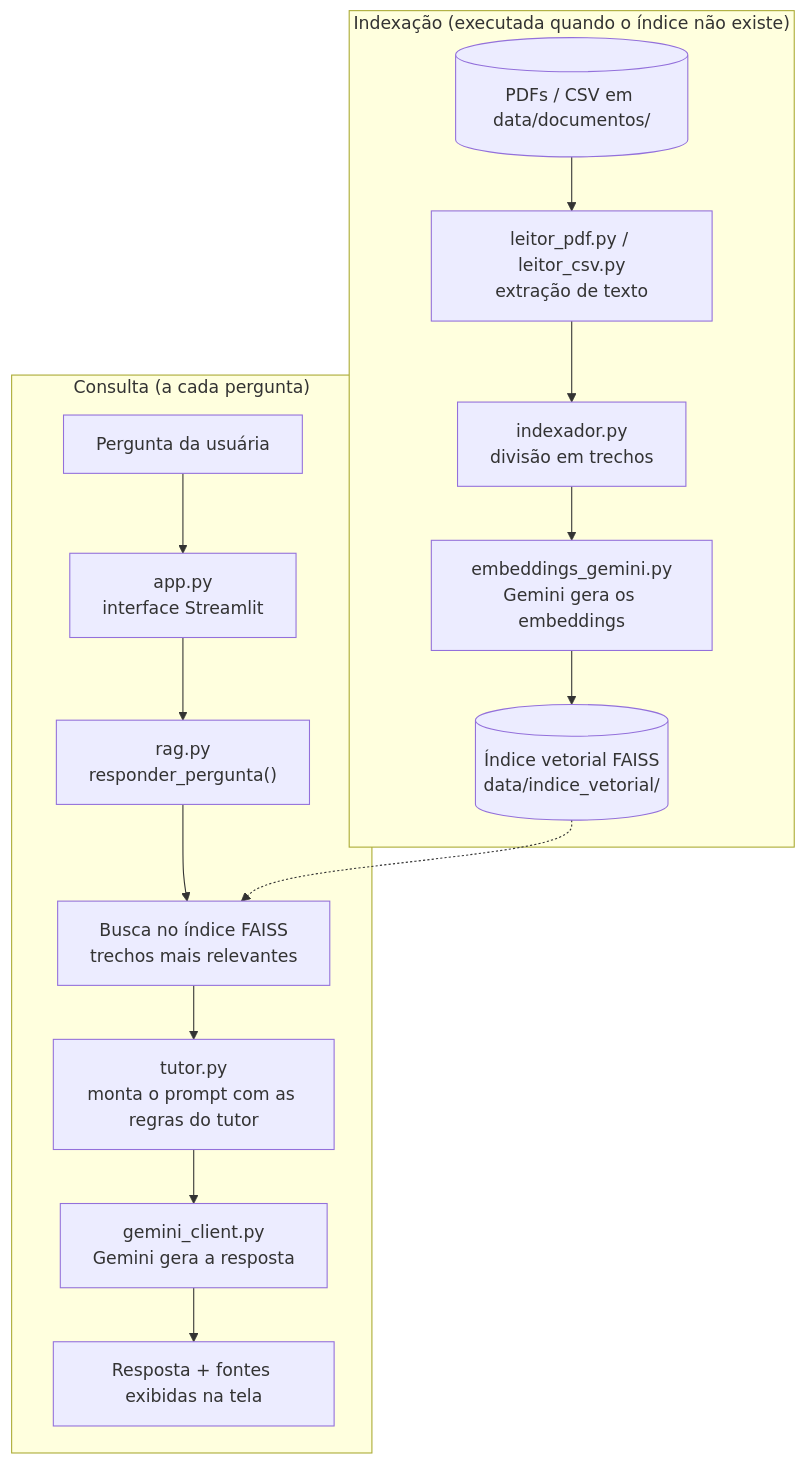
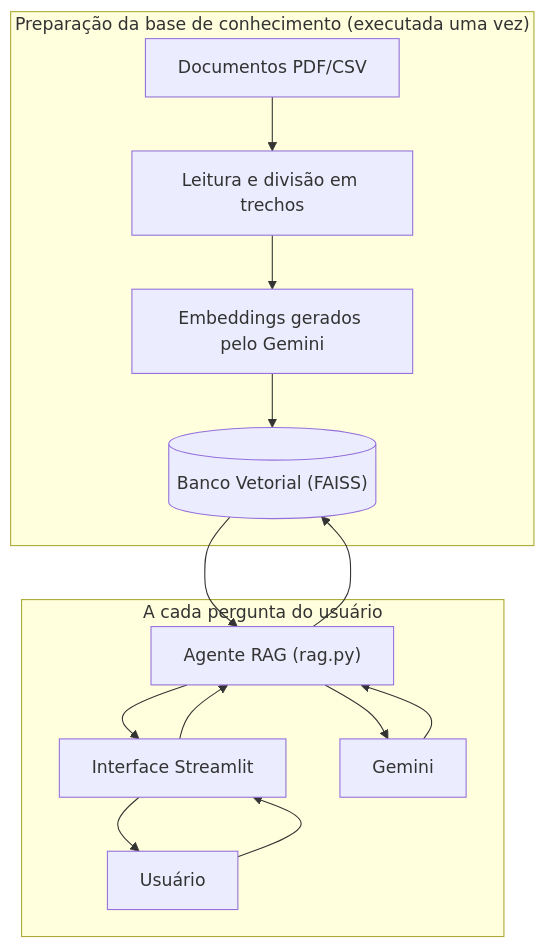
Before and after one commit to marilene-narciso/chat-preparatorio-crc-alura-agent: the diagram in README.md, drawn with Mermaid. The commit also changed other lines of this file, not shown here.

Commit message:
Atualiza diagrama de arquitetura no README
Renomeia a seção "Arquitetura" para "Arquitetura da Solução" e
corrige o diagrama Mermaid para refletir fielmente a implementação:
separa as duas fases reais do sistema (preparação da base de
conhecimento, executada uma vez, e a busca/resposta a cada pergunta),
usando os nomes reais dos módulos (rag.py, tutor.py,
embeddings_gemini.py, gemini_client.py). Remove a referência a um
"Agente LangChain", que não existe no código — a orquestração é feita
em Python puro no rag.py; o LangChain é usado apenas para o divisor de
texto e a integração com o FAISS.

````diff
--- a/README.md
+++ b/README.md
@@ -44,19 +44,19 @@
 ```mermaid
 flowchart TD
-    subgraph Indexacao["Indexação (executada quando o índice não existe)"]
-        DOC[("PDFs / CSV em data/documentos/")] --> LEITOR["leitor_pdf.py / leitor_csv.py<br/>extração de texto"]
-        LEITOR --> DIVISOR["indexador.py<br/>divisão em trechos"]
-        DIVISOR --> EMBED["embeddings_gemini.py<br/>Gemini gera os embeddings"]
-        EMBED --> FAISS[("Índice vetorial FAISS<br/>data/indice_vetorial/")]
+    subgraph FASE1["Preparação da base de conhecimento (executada uma vez)"]
+        DOC["Documentos PDF/CSV"] --> LEITURA["Leitura e divisão em trechos"]
+        LEITURA --> EMB["Embeddings gerados pelo Gemini"]
+        EMB --> VETOR[("Banco Vetorial (FAISS)")]
     end
 
-    subgraph Consulta["Consulta (a cada pergunta)"]
-        USER["Pergunta da usuária"] --> APP["app.py<br/>interface Streamlit"]
-        APP --> RAG["rag.py<br/>responder_pergunta()"]
-        RAG --> BUSCA["Busca no índice FAISS<br/>trechos mais relevantes"]
-        FAISS -.-> BUSCA
-        BUSCA --> TUTOR["tutor.py<br/>monta o prompt com as regras do tutor"]
-        TUTOR --> GEMINI["gemini_client.py<br/>Gemini gera a resposta"]
-        GEMINI --> RESP["Resposta + fontes exibidas na tela"]
+    subgraph FASE2["A cada pergunta do usuário"]
+        USUARIO["Usuário"] --> STREAMLIT["Interface Streamlit"]
+        STREAMLIT --> AGENTE["Agente RAG (rag.py)"]
+        AGENTE --> VETOR
+        VETOR --> AGENTE
+        AGENTE --> GEMINI["Gemini"]
+        GEMINI --> AGENTE
+        AGENTE --> STREAMLIT
+        STREAMLIT --> USUARIO
     end
 ```
````
